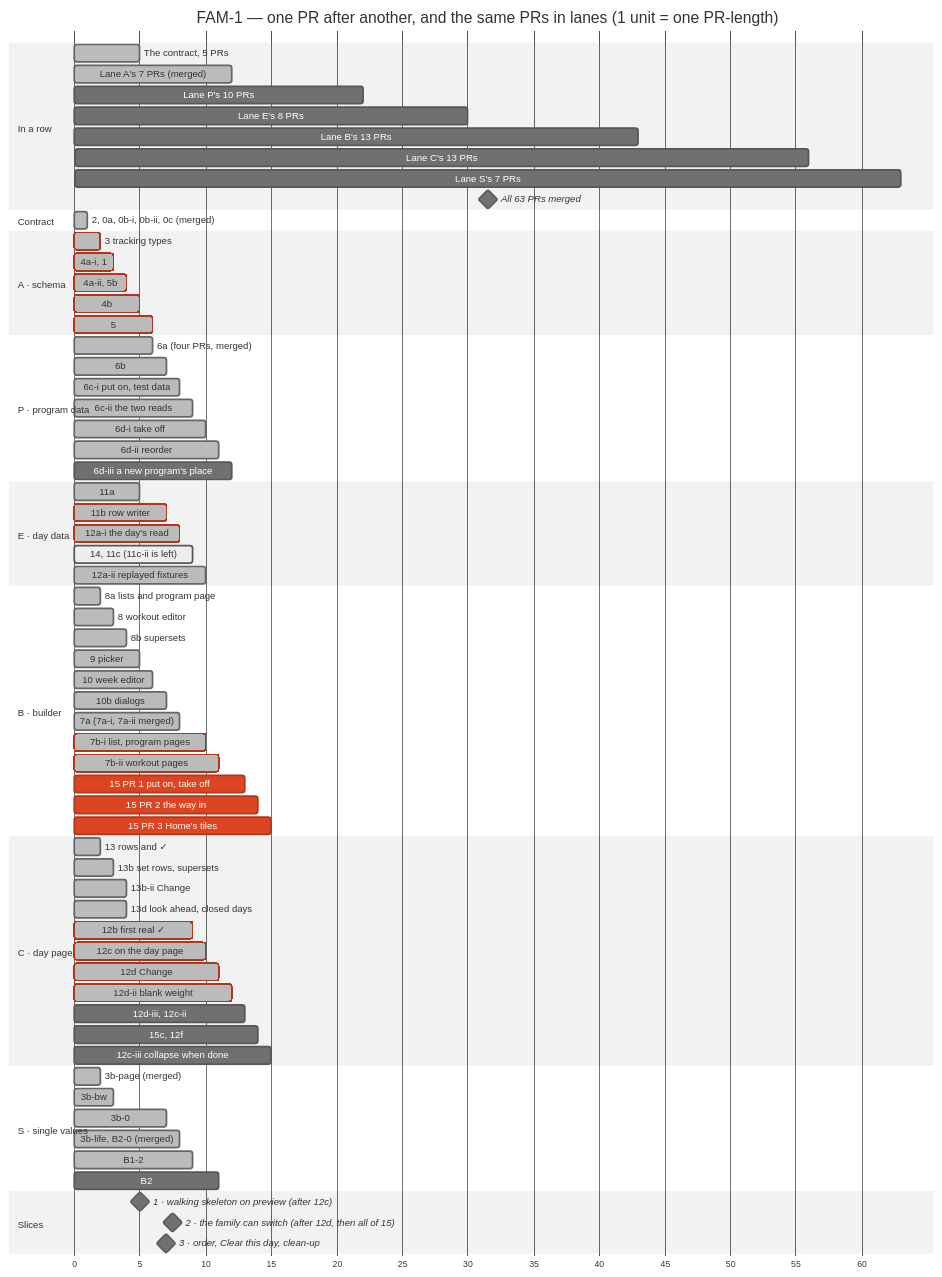
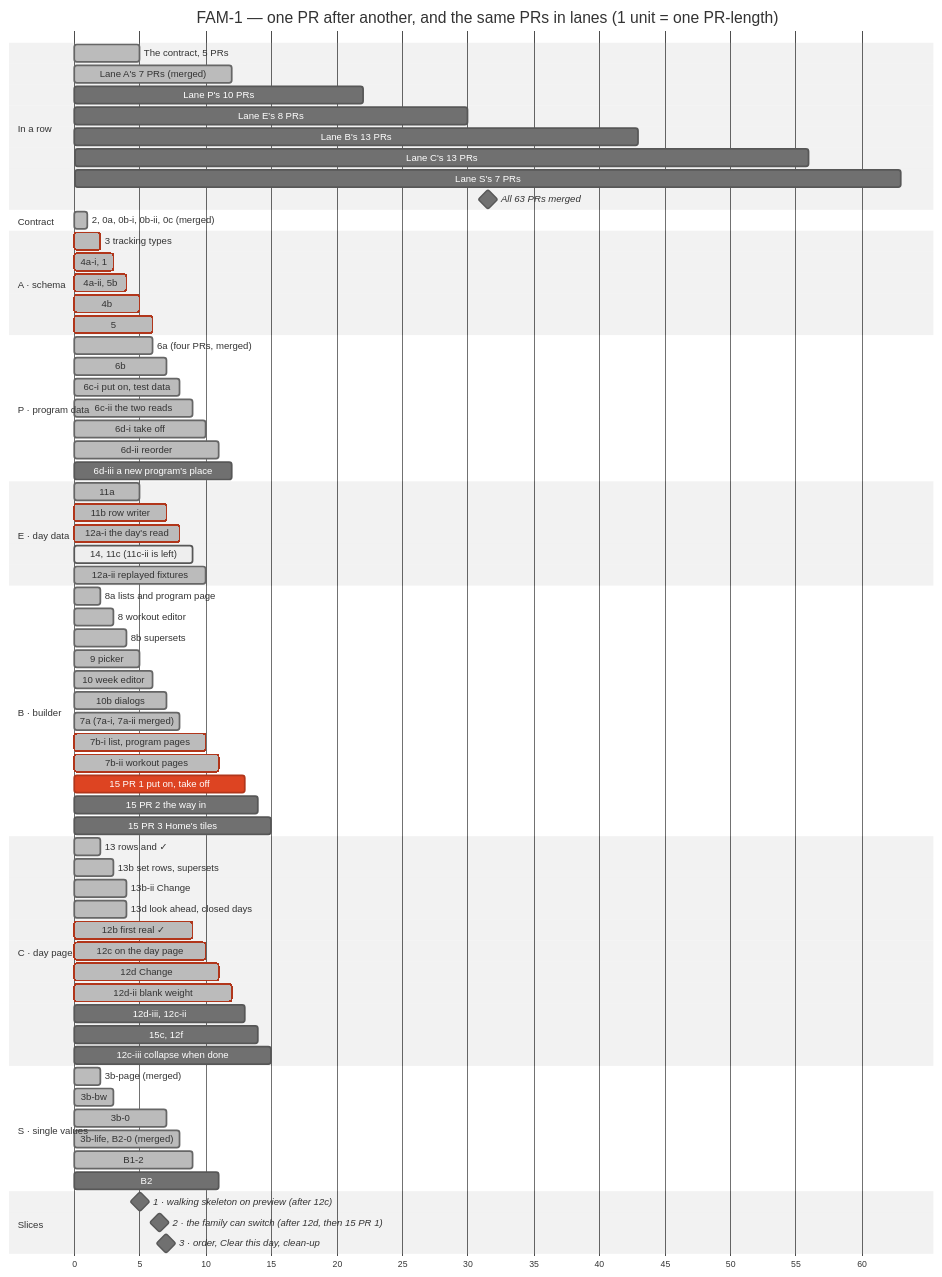
The second of 2 diagrams in docs/milestones/fam-1-family-program.md (ralamode/mat-plan), drawn with Mermaid (neutral theme) before and after one commit. The commit also changed other lines of this file, not shown here.

Commit message:
chore(fam-1): the switch waits for 15 PR 1 only; name lane B's count

````diff
--- a/docs/milestones/fam-1-family-program.md
+++ b/docs/milestones/fam-1-family-program.md
@@ -311,8 +311,8 @@
   7b-i list, program pages     :crit, done, b8, 9, 10
   7b-ii workout pages          :crit, done, b8b, 10, 11
   15 PR 1 put on, take off     :crit, b9, 12, 13
-  15 PR 2 the way in           :crit, b9b, 13, 14
-  15 PR 3 Home's tiles         :crit, b9c, 14, 15
+  15 PR 2 the way in           :b9b, 13, 14
+  15 PR 3 Home's tiles         :b9c, 14, 15
 
   section C · day page
   13 rows and ✓                :done, c1, 1, 2
@@ -337,6 +337,6 @@
 
   section Slices
   1 · walking skeleton on preview (after 12c) :milestone, m1, 10, 10
-  2 · the family can switch (after 12d, then all of 15) :milestone, m2, 15, 15
+  2 · the family can switch (after 12d, then 15 PR 1) :milestone, m2, 13, 13
   3 · order, Clear this day, clean-up         :milestone, m3, 14, 14
 ```
````
